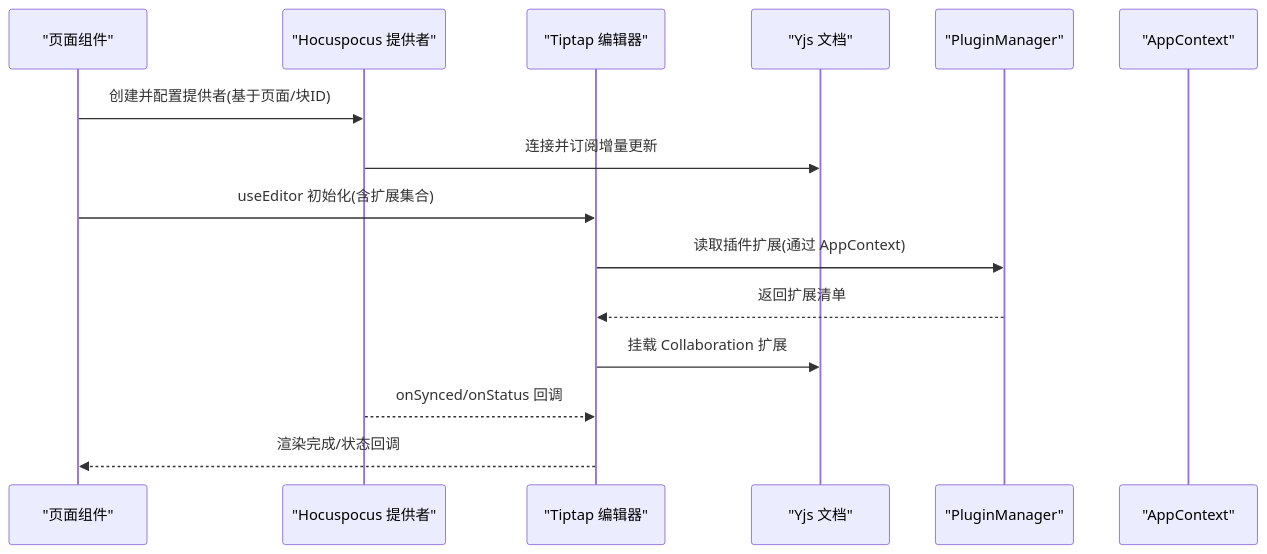
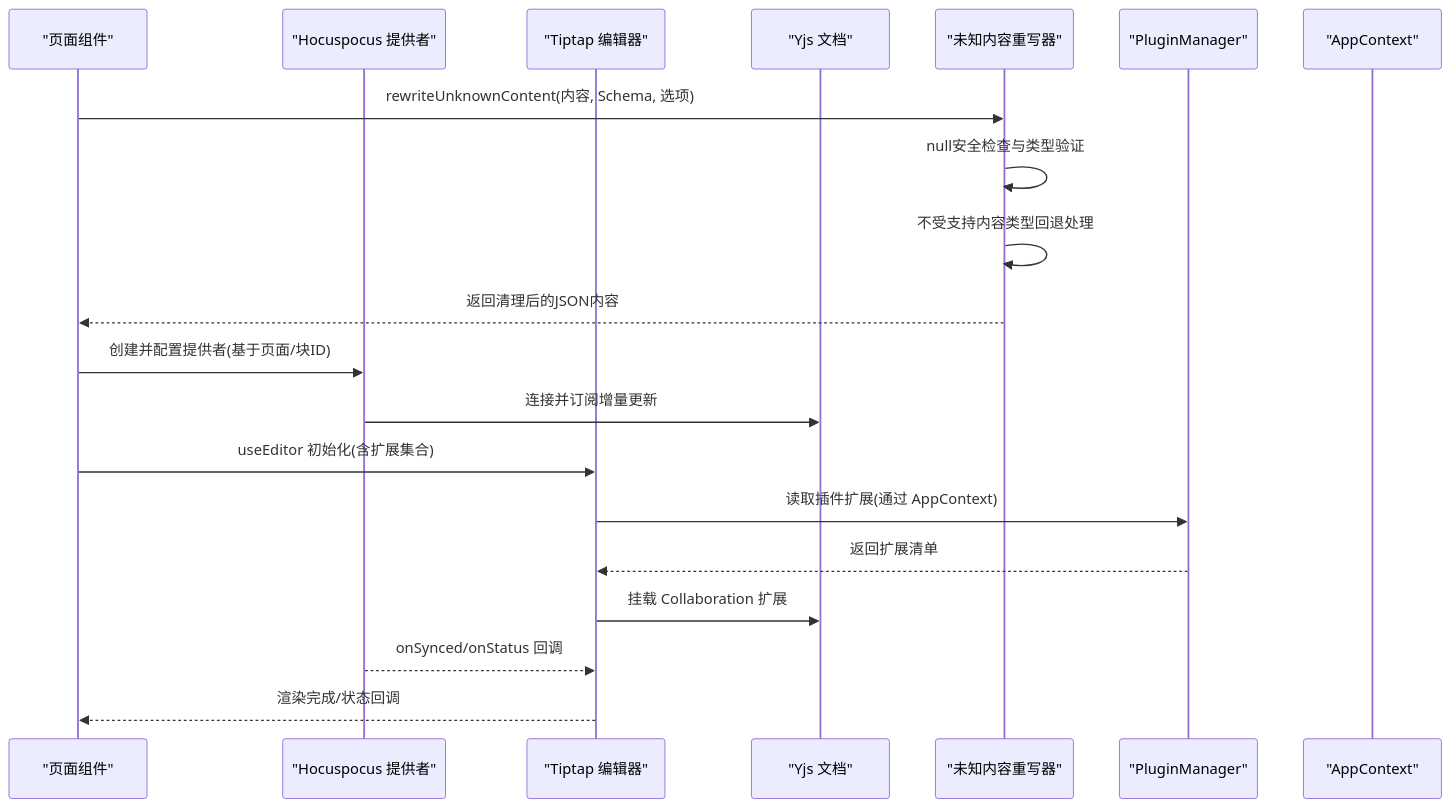
The second of 8 diagrams in .qoder/repowiki/zh/content/核心模块/编辑器核心内核/编辑器核心内核.md (LRF0422/Kotion), drawn with Mermaid before and after one commit. The commit also changed other lines of this file and 75 other files, not shown here.

````diff
--- a/.qoder/repowiki/zh/content/核心模块/编辑器核心内核/编辑器核心内核.md
+++ b/.qoder/repowiki/zh/content/核心模块/编辑器核心内核/编辑器核心内核.md
@@ -128,17 +156,22 @@
 ```mermaid
 sequenceDiagram
 participant UI as "页面组件"
 participant Provider as "Hocuspocus 提供者"
 participant Editor as "Tiptap 编辑器"
 participant YDoc as "Yjs 文档"
+participant Rewriter as "未知内容重写器"
 participant PM as "PluginManager"
 participant Ctx as "AppContext"
+UI->>Rewriter : rewriteUnknownContent(内容, Schema, 选项)
+Rewriter->>Rewriter : null安全检查与类型验证
+Rewriter->>Rewriter : 不受支持内容类型回退处理
+Rewriter-->>UI : 返回清理后的JSON内容
 UI->>Provider : 创建并配置提供者(基于页面/块ID)
 Provider->>YDoc : 连接并订阅增量更新
 UI->>Editor : useEditor 初始化(含扩展集合)
 Editor->>PM : 读取插件扩展(通过 AppContext)
 PM-->>Editor : 返回扩展清单
 Editor->>YDoc : 挂载 Collaboration 扩展
 Provider-->>Editor : onSynced/onStatus 回调
 Editor-->>UI : 渲染完成/状态回调
 ```
````
